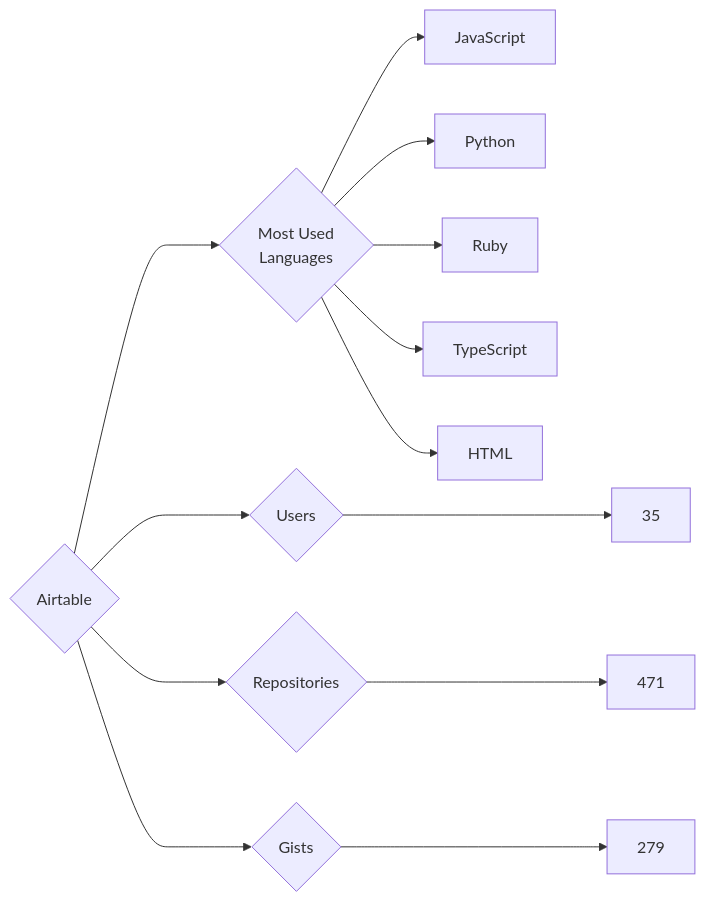
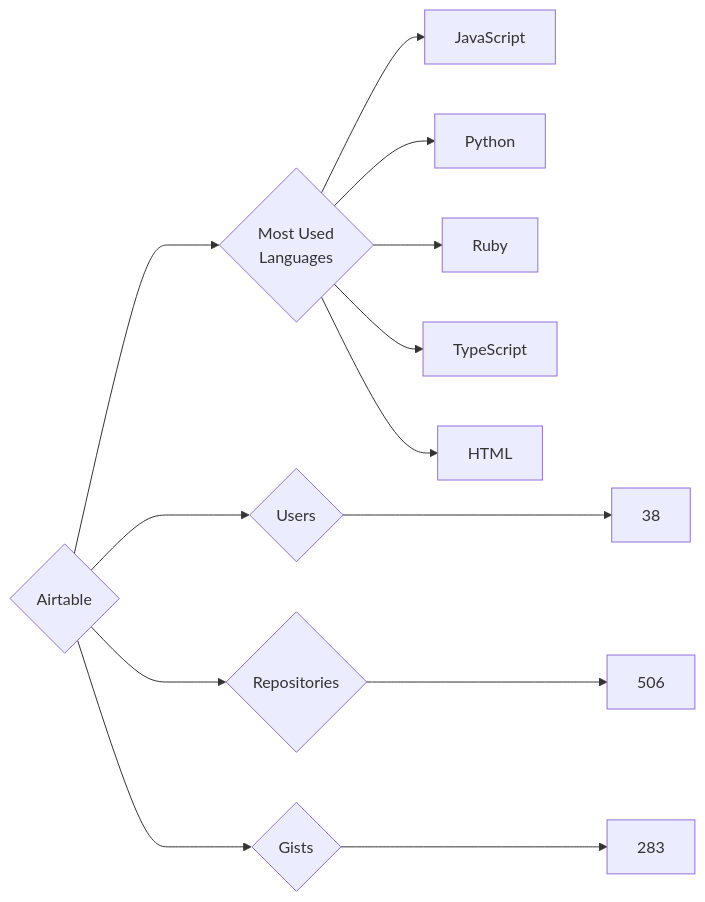
One commit to trickest/insiders changed the diagram in targets/Airtable/README.md. Above: the diagram before and after it, drawn with Mermaid. The commit also changed 1030 other files, not shown here.

````diff
--- a/targets/Airtable/README.md
+++ b/targets/Airtable/README.md
@@ -3,13 +3,13 @@
 ```mermaid
 graph LR
 COMPANY_NAME{Airtable}
-COMPANY_NAME ---> U{Users} ---> UN[35]
-COMPANY_NAME ---> R{Repositories} ---> RN[471]
-COMPANY_NAME ---> G{Gists} ---> GN[279]
+COMPANY_NAME ---> U{Users} ---> UN[38]
+COMPANY_NAME ---> R{Repositories} ---> RN[506]
+COMPANY_NAME ---> G{Gists} ---> GN[283]
 COMPANY_NAME ---> ML{Most Used<br>Languages}
 ML --> JavaScript[JavaScript]
 ML --> Python[Python]
 ML --> Ruby[Ruby]
 ML --> TypeScript[TypeScript]
 ML --> HTML[HTML]
 ```
````
